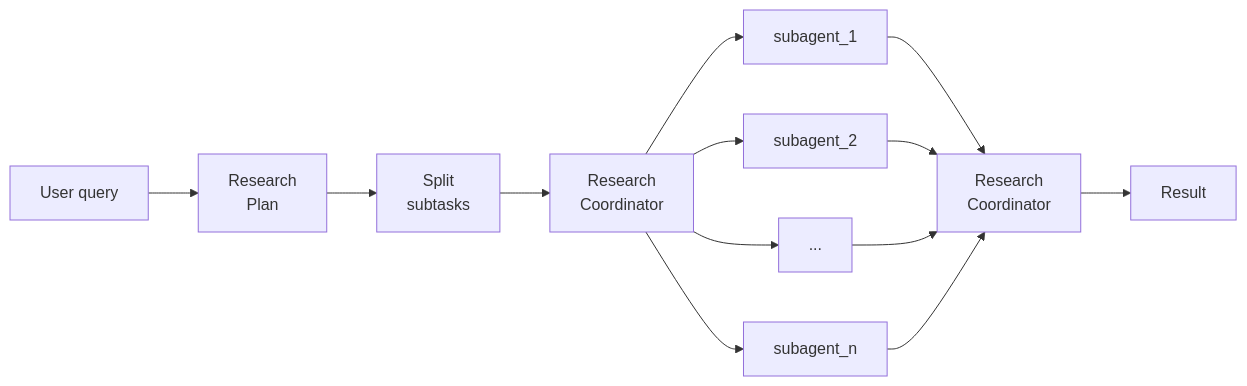
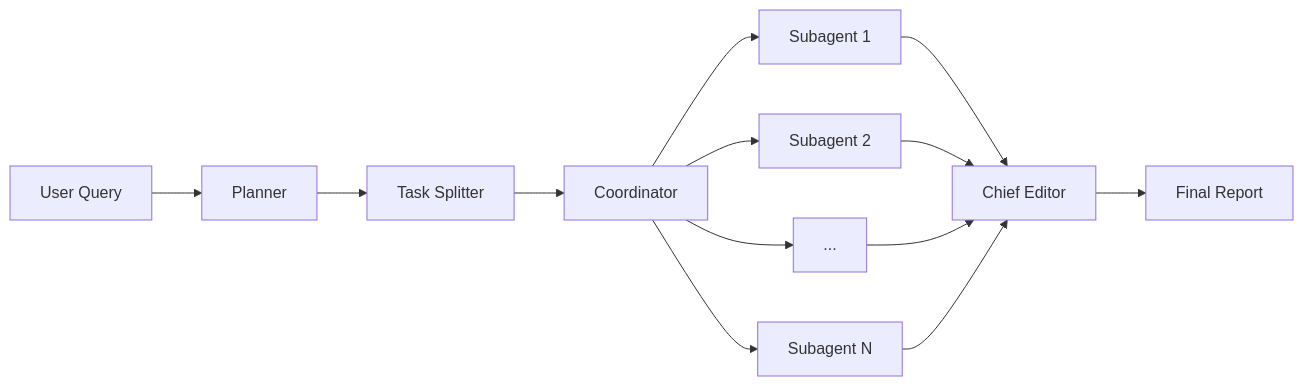
Before and after one commit to javicupeiro/agent-deep-research: the diagram in README.md, drawn with Mermaid. The commit also changed other lines of this file and 1 other file, not shown here.

````diff
--- a/README.md
+++ b/README.md
@@ -6,31 +24,31 @@
 ```mermaid
 flowchart LR
-    %% Nodes 
-    U[User query]:::plainText
-    RP[Research<br>Plan]:::Box
-    SS[Split<br>subtasks]:::Box
-    RC1[Research<br>Coordinator]:::Box
-    SA1[subagent_1]:::Box
-    SA2[subagent_2]:::Box
-    SA3[...]:::Box
-    SA4[subagent_n]:::Box
-    RC2[Research<br>Coordinator]:::Box
-    R[Result]:::plainText
+    U[User Query]
+    P[Planner]
+    TS[Task Splitter]
+    C[Coordinator]
 
-    %% Connections
-    U --> RP
-    RP --> SS
-    SS --> RC1
+    SA1[Subagent 1]
+    SA2[Subagent 2]
+    SAdots[...]
+    SA3[Subagent N]
 
-    RC1 --> SA1
-    RC1 --> SA2
-    RC1 --> SA3
-    RC1 --> SA4
+    E[Chief Editor]
+    R[Final Report]
 
-    SA1 --> RC2
-    SA2 --> RC2
-    SA3 --> RC2
-    SA4 --> RC2
+    U --> P
+    P --> TS
+    TS --> C
 
-    RC2 --> R
+    C --> SA1
+    C --> SA2
+    C --> SAdots
+    C --> SA3
+
+    SA1 --> E
+    SA2 --> E
+    SAdots --> E
+    SA3 --> E
+
+    E --> R
 ```
````
